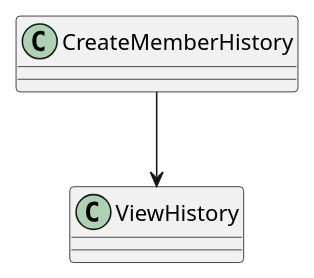
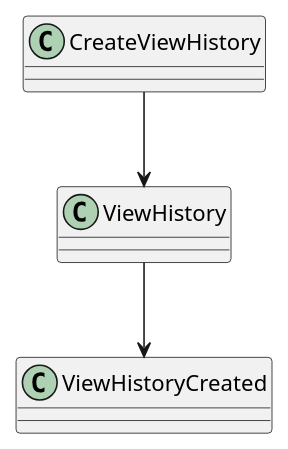
Before and after one commit to LDmoxeii/only4-KSP-cap4j: the diagram in design/domain/view_history/relationCDE.puml, drawn with PlantUML. The commit also changed 163 other files, not shown here.

```diff
--- a/design/domain/view_history/relationCDE.puml
+++ b/design/domain/view_history/relationCDE.puml
@@ -1,3 +1,5 @@
 @startuml
-CreateMemberHistory -down-> ViewHistory
+CreateViewHistory -down-> ViewHistory
+
+ViewHistory -down-> ViewHistoryCreated
 @enduml
```
